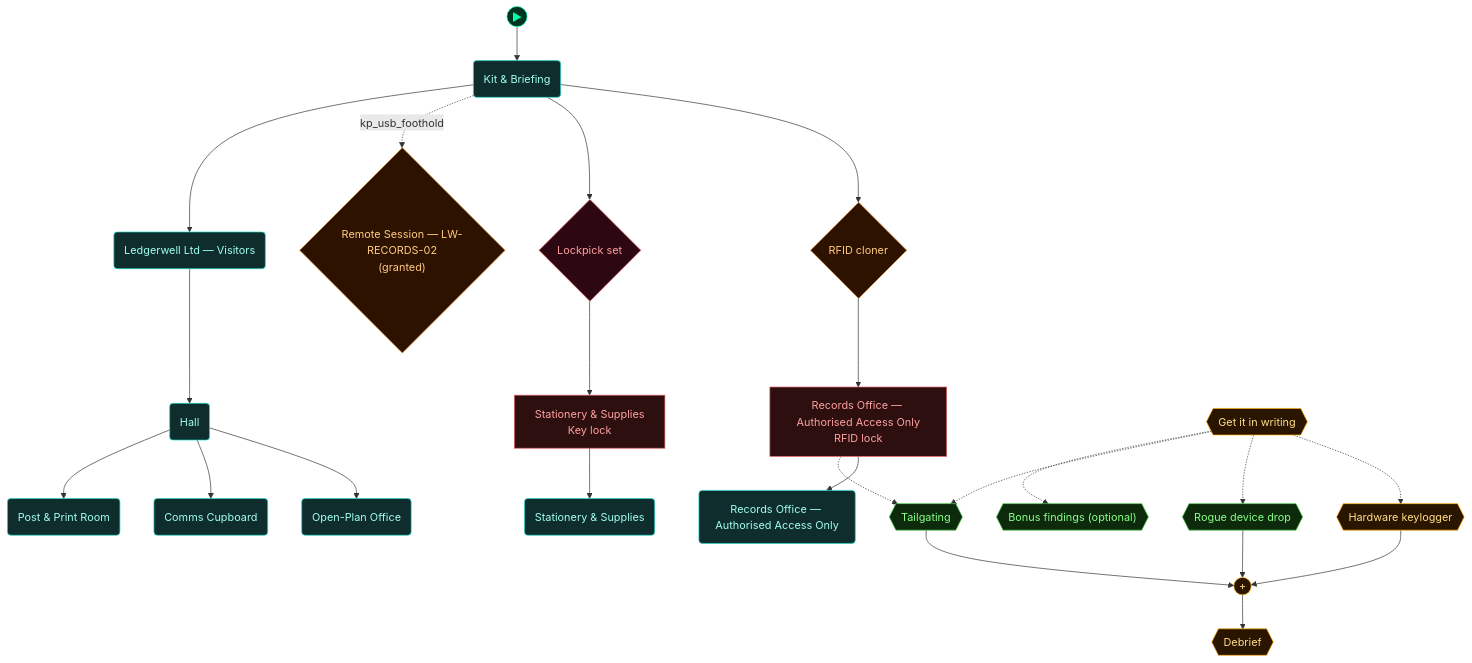
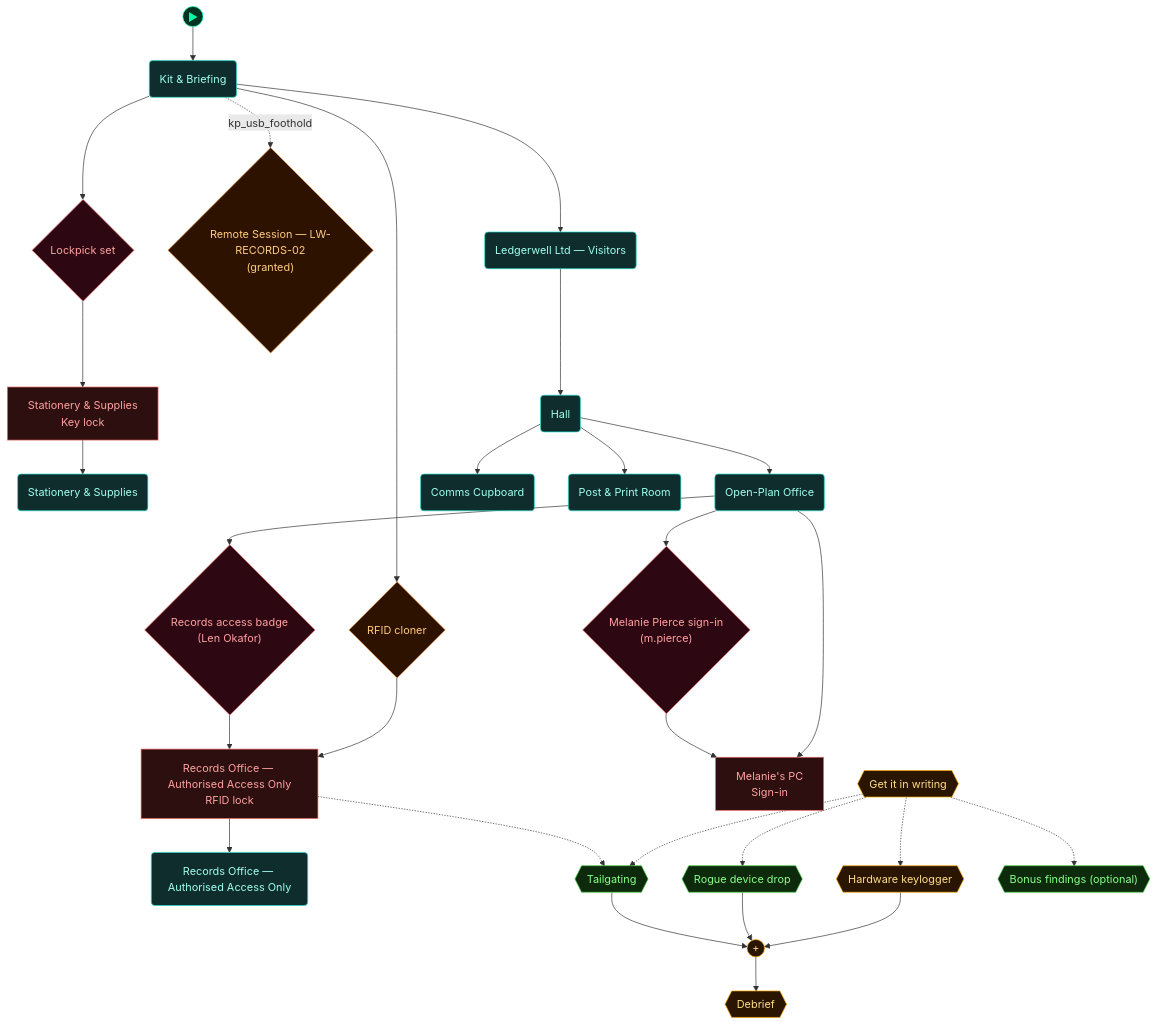
One commit to cliffe/BreakEscape changed the third of 5 diagrams in scenarios/lab_physical_pentest/dungeon_graph.md. Above: the diagram before and after it, drawn with Mermaid. The commit also changed other lines of this file and 3 other files, not shown here.

````diff
--- a/scenarios/lab_physical_pentest/dungeon_graph.md
+++ b/scenarios/lab_physical_pentest/dungeon_graph.md
@@ -153,72 +161,80 @@
 ```mermaid
 flowchart TD
 
   classDef room      fill:#0f2d2d,stroke:#22ddcc,color:#a0ffee
   classDef lock      fill:#2d0f0f,stroke:#e66060,color:#ffa0a0
   classDef key       fill:#2d0812,stroke:#e66060,color:#ffa0a0
   classDef item      fill:#2d1200,stroke:#e89030,color:#ffcc80
   classDef gate      fill:#111,stroke:#666,color:#eee
   classDef vm        fill:#0c1f40,stroke:#4a90d9,color:#a0c8ff
   classDef flag      fill:#1a0c2d,stroke:#9060d0,color:#cc99ff
   classDef action    fill:#1a1200,stroke:#cc9922,color:#ffee88
   classDef aim       fill:#0d2a0d,stroke:#44cc44,color:#88ff88
   classDef aim_gate  fill:#111111,stroke:#44cc44,color:#44cc44
   classDef container fill:#1a2d1a,stroke:#60b060,color:#a0e0a0
   classDef npc       fill:#2d1f0d,stroke:#d0a050,color:#ffe0a0
   classDef critical  fill:#2a1500,stroke:#ffaa00,color:#ffdd88
   classDef start     fill:#003322,stroke:#00ffaa,color:#00ffaa
 
   node_start(("▶"))
   node_start --> briefing_room
 
   door_secure_area["Records Office — Authorised Access Only<br/>RFID lock"]
   secure_area("Records Office — Authorised Access Only")
   door_store_room["Stationery & Supplies<br/>Key lock"]
   store_room("Stationery & Supplies")
   briefing_room("Kit & Briefing")
   rfid_cloner{"RFID cloner"}
   lockpick_set{"Lockpick set"}
+  lock_staff_pc_2["Melanie's PC<br/>Sign-in"]
   grant_records_remote_session{"Remote Session — LW-RECORDS-02<br/>(granted)"}
+  card_cm_records_badge{"Records access badge<br/>(Len Okafor)"}
+  open_plan("Open-Plan Office")
+  signin_pierce{"Melanie Pierce sign-in<br/>(m.pierce)"}
   reception("Ledgerwell Ltd — Visitors")
   hall("Hall")
-  open_plan("Open-Plan Office")
   P3("Comms Cupboard")
   P1("Post & Print Room")
   aim_authorise{{"Get it in writing"}}
   aim_keylogger{{"Hardware keylogger"}}
   aim_usb{{"Rogue device drop"}}
   aim_tailgate{{"Tailgating"}}
   aim_bonus_beats{{"Bonus findings (optional)"}}
   aim_debrief{{"Debrief"}}
   aim_andgate_debrief((" + "))
 
   door_secure_area --> secure_area
   door_store_room --> store_room
   briefing_room --> rfid_cloner
   rfid_cloner --> door_secure_area
   briefing_room --> lockpick_set
   lockpick_set --> door_store_room
+  open_plan --> lock_staff_pc_2
   briefing_room -.->|kp_usb_foothold| grant_records_remote_session
+  open_plan --> card_cm_records_badge
+  card_cm_records_badge --> door_secure_area
+  open_plan --> signin_pierce
+  signin_pierce --> lock_staff_pc_2
   briefing_room --> reception
   reception --> hall
   hall --> open_plan
   hall --> P3
   hall --> P1
   aim_authorise -.-> aim_keylogger
   aim_authorise -.-> aim_usb
   aim_authorise -.-> aim_tailgate
   aim_authorise -.-> aim_bonus_beats
   aim_keylogger --> aim_andgate_debrief
   aim_usb --> aim_andgate_debrief
   aim_tailgate --> aim_andgate_debrief
   aim_andgate_debrief --> aim_debrief
   door_secure_area -.-> aim_tailgate
 
-  class door_secure_area,door_store_room lock
-  class secure_area,store_room,briefing_room,reception,hall,open_plan,P3,P1 room
+  class door_secure_area,door_store_room,lock_staff_pc_2 lock
+  class secure_area,store_room,briefing_room,open_plan,reception,hall,P3,P1 room
   class rfid_cloner,grant_records_remote_session item
-  class lockpick_set key
+  class lockpick_set,card_cm_records_badge,signin_pierce key
   class aim_authorise,aim_keylogger,aim_debrief,aim_andgate_debrief critical
   class aim_usb,aim_tailgate,aim_bonus_beats aim
   class node_start start
 ```
````
